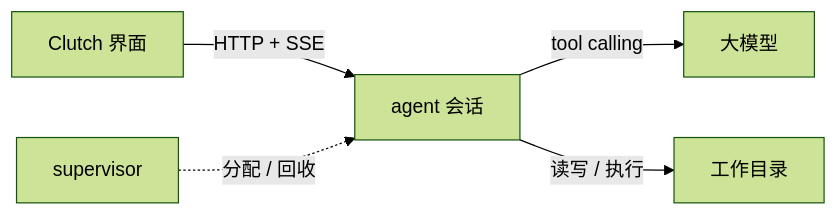
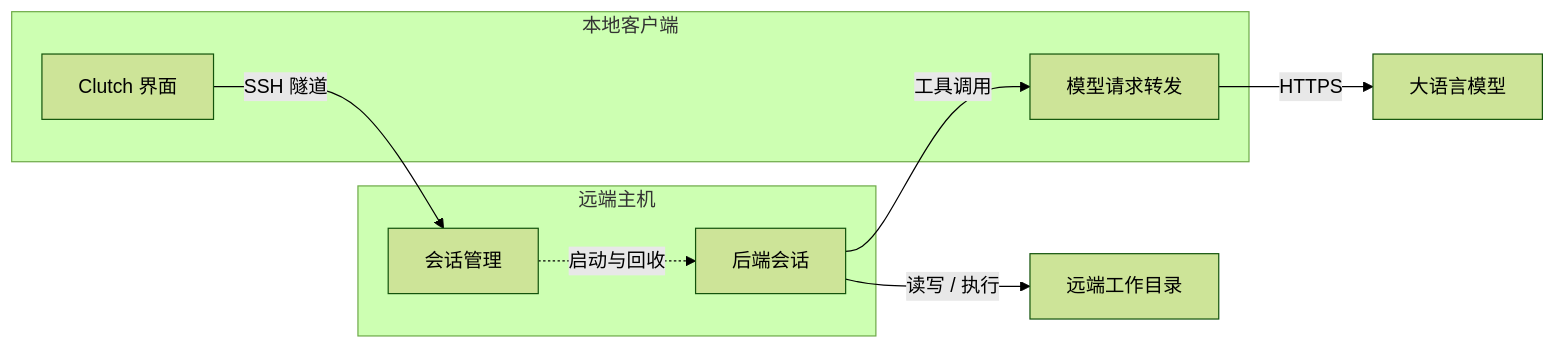
The second of 2 diagrams in README.md (Ethereal1024/Clutch), drawn with Mermaid (forest theme) before and after one commit. The commit also changed other lines of this file, not shown here.

````diff
--- a/README.md
+++ b/README.md
@@ -108,7 +127,16 @@
 ```mermaid
 flowchart LR
-    UI["Clutch 界面"] -- "HTTP + SSE" --> S["agent 会话"]
-    SUP["supervisor"] -. "分配 / 回收" .-> S
-    S -- "tool calling" --> LLM["大模型"]
-    S -- "读写 / 执行" --> WS["工作目录"]
+    subgraph local["本地客户端"]
+        UI["Clutch 界面"]
+        PXY["模型请求转发"]
+    end
+    subgraph remote["远端主机"]
+        SUP["会话管理"]
+        AG["后端会话"]
+    end
+    UI -- "SSH 隧道" --> SUP
+    SUP -. "启动与回收" .-> AG
+    AG -- "工具调用" --> PXY
+    PXY -- "HTTPS" --> LLM["大语言模型"]
+    AG -- "读写 / 执行" --> WS["远端工作目录"]
 ```
````
